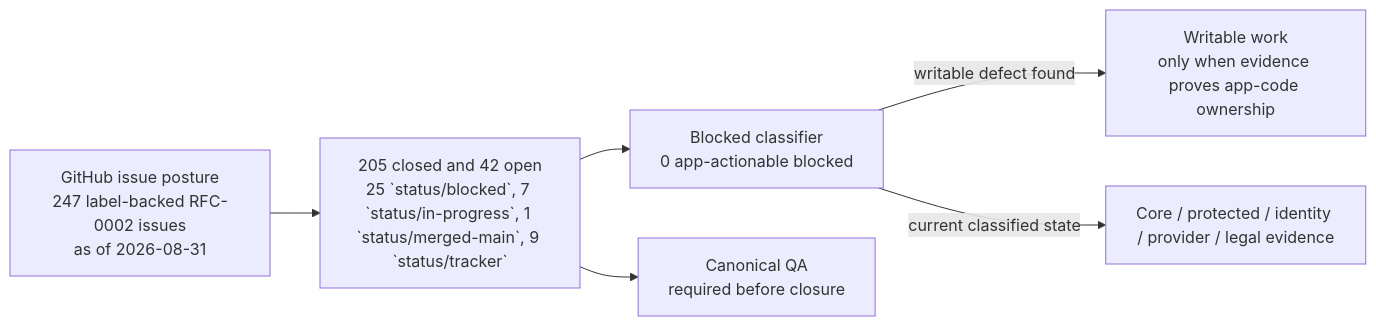
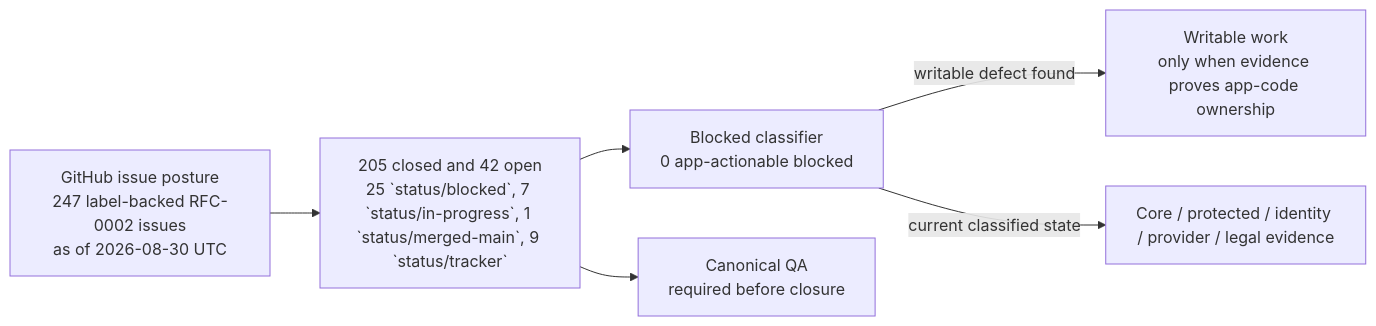
Before and after one commit to sgajbi/lotus-idea: the first of 2 diagrams in wiki/RFC-0002-Execution-Status.md, drawn with Mermaid. The commit also changed other lines of this file and 5 other files, not shown here.

Commit message:
fix(rfc0002): evaluate posture dates in UTC

````diff
--- a/wiki/RFC-0002-Execution-Status.md
+++ b/wiki/RFC-0002-Execution-Status.md
@@ -48,15 +48,15 @@
 ```mermaid
 flowchart LR
-    Issues["GitHub issue posture<br/>247 label-backed RFC-0002 issues<br/>as of 2026-08-31"]
+    Issues["GitHub issue posture<br/>247 label-backed RFC-0002 issues<br/>as of 2026-08-30 UTC"]
     Open["205 closed and 42 open<br/>25 `status/blocked`, 7 `status/in-progress`, 1 `status/merged-main`, 9 `status/tracker`"]
     Blocked["Blocked classifier<br/>0 app-actionable blocked"]
     Work["Writable work<br/>only when evidence proves app-code ownership"]
     External["Core / protected / identity / provider / legal evidence"]
     QA["Canonical QA<br/>required before closure"]
 
     Issues --> Open
     Open --> Blocked
     Blocked -->|"writable defect found"| Work
     Blocked -->|"current classified state"| External
     Open --> QA
 ```
````
